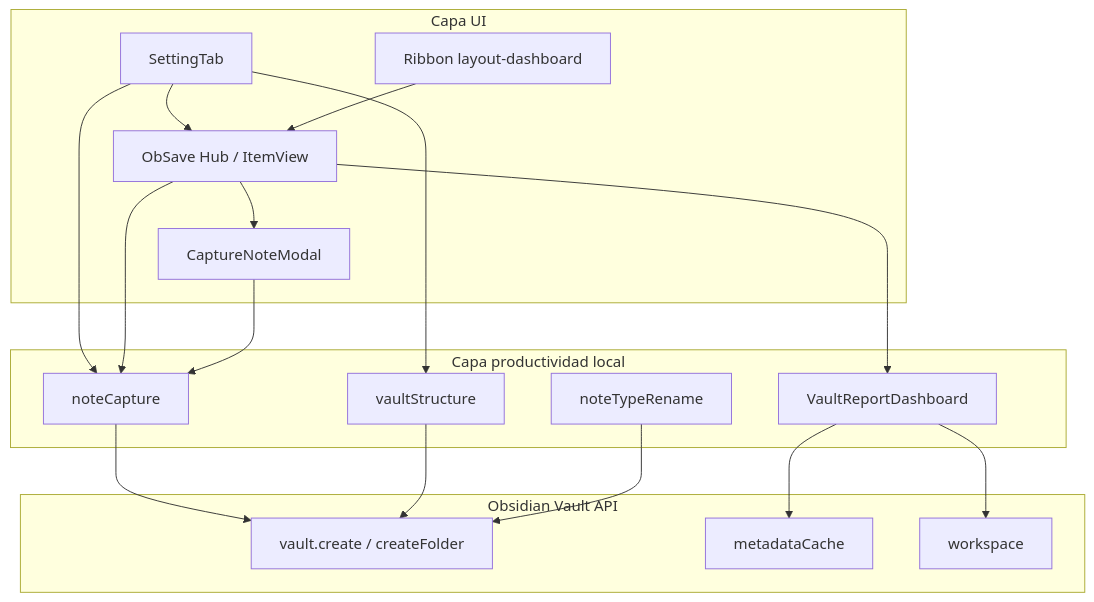
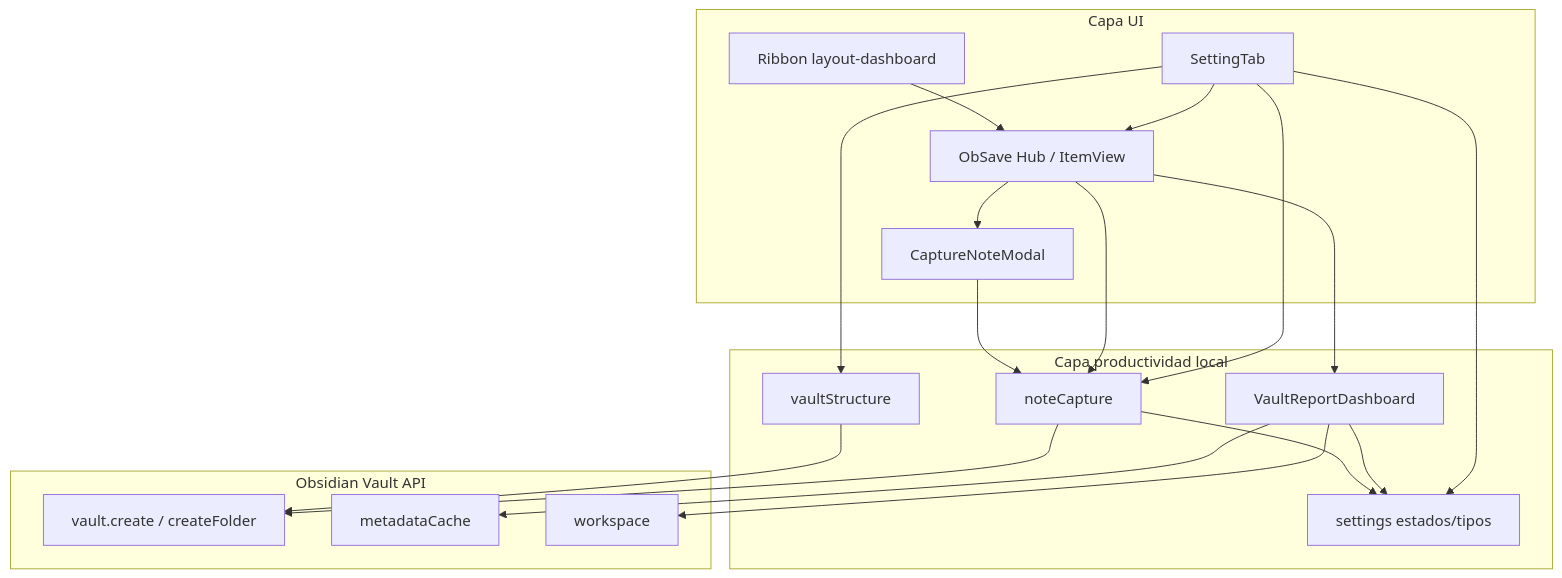
One commit to adastraforge/obsave changed the diagram in .cursor/architecture.md. Above: the diagram before and after it, drawn with Mermaid. The commit also changed other lines of this file and 16 other files, not shown here.

First line of the commit message:
feat: estados y tipos configurables con color unificado en el Hub (v2.1.0)

````diff
--- a/.cursor/architecture.md
+++ b/.cursor/architecture.md
@@ -5,36 +5,38 @@
 ```mermaid
 flowchart TB
     subgraph UI["Capa UI"]
         ST[SettingTab]
         HV[ObSave Hub / ItemView]
         CM[CaptureNoteModal]
         RI[Ribbon layout-dashboard]
     end
 
     subgraph Prod["Capa productividad local"]
         NC[noteCapture]
         VS[vaultStructure]
         RD[VaultReportDashboard]
-        NR[noteTypeRename]
+        STG[settings estados/tipos]
     end
 
     subgraph Vault["Obsidian Vault API"]
         VA[vault.create / createFolder]
         MC[metadataCache]
         WS[workspace]
     end
 
     ST --> VS
     ST --> NC
     ST --> HV
     HV --> NC
     HV --> CM
     HV --> RD
     CM --> NC
     RI --> HV
+    ST --> STG
+    RD --> STG
+    NC --> STG
     NC --> VA
     VS --> VA
     RD --> MC
     RD --> WS
-    NR --> VA
 ```
````
